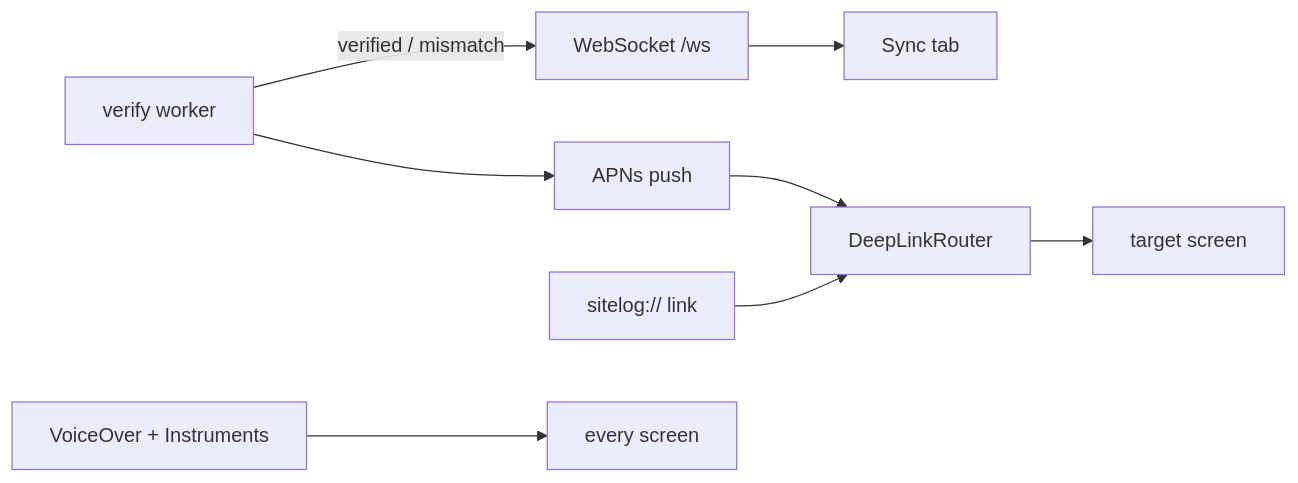
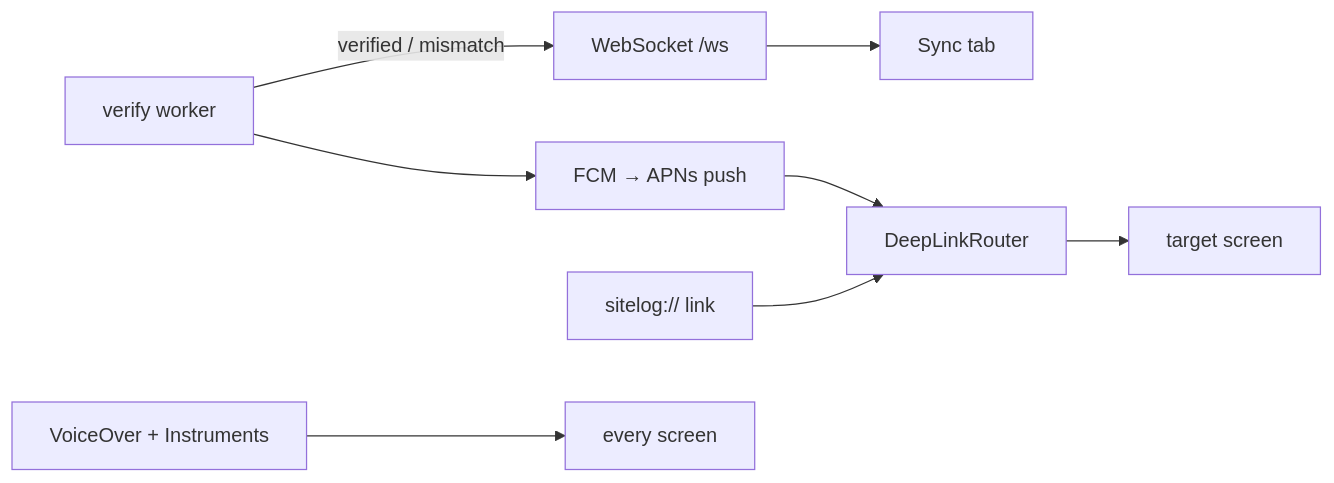
One commit to DAMHONGDUC/site-log-ios changed the diagram in docs/feature-guide/S8-realtime-push-quality/README.md. Above: the diagram before and after it, drawn with Mermaid. The commit also changed other lines of this file and 1 other file, not shown here.

First line of the commit message:
docs: push - Firebase Cloud Messaging for iOS and Android · docs/feature-guide/S8-realtime-push-quality (3/5)

````diff
--- a/docs/feature-guide/S8-realtime-push-quality/README.md
+++ b/docs/feature-guide/S8-realtime-push-quality/README.md
@@ -34,7 +34,7 @@
 ```mermaid
 flowchart LR
     Worker["verify worker"] -->|"verified / mismatch"| WS["WebSocket /ws"] --> Tab["Sync tab"]
-    Worker --> APNs["APNs push"] --> Router["DeepLinkRouter"] --> Screen["target screen"]
+    Worker --> FCM["FCM → APNs push"] --> Router["DeepLinkRouter"] --> Screen["target screen"]
     Safari["sitelog:// link"] --> Router
     VO["VoiceOver + Instruments"] --> All["every screen"]
 ```
````
